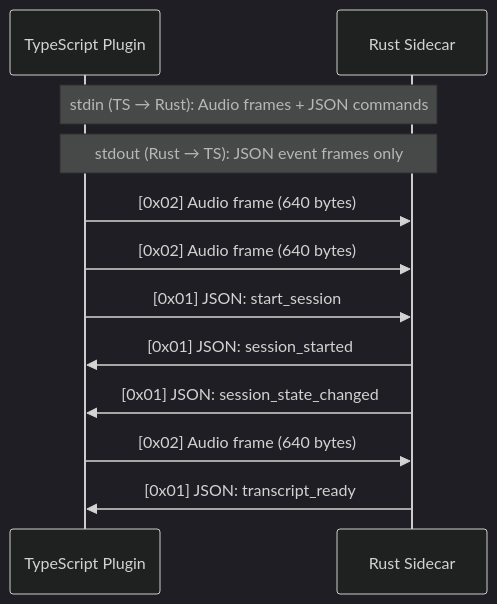
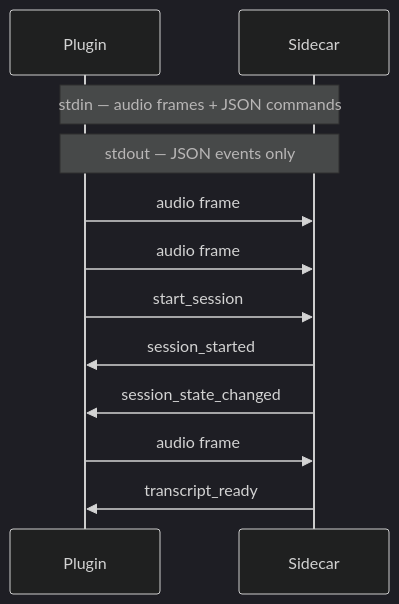
Before and after one commit to brittain9/obsidian-local-speech-to-text: the fourth of 7 diagrams in docs/architecture/system-architecture.md, drawn with Mermaid (dark theme). The commit also changed other lines of this file and 4 other files, not shown here.

First line of the commit message:
chore: align docs with Rust-owned post-transcript enrichment

````diff
--- a/docs/architecture/system-architecture.md
+++ b/docs/architecture/system-architecture.md
@@ -103,16 +120,16 @@
 ```mermaid
 sequenceDiagram
-    participant TS as TypeScript Plugin
-    participant RS as Rust Sidecar
+    participant P as Plugin
+    participant S as Sidecar
 
-    Note over TS,RS: stdin (TS → Rust): Audio frames + JSON commands
-    Note over TS,RS: stdout (Rust → TS): JSON event frames only
+    Note over P,S: stdin — audio frames + JSON commands
+    Note over P,S: stdout — JSON events only
 
-    TS->>RS: [0x02] Audio frame (640 bytes)
-    TS->>RS: [0x02] Audio frame (640 bytes)
-    TS->>RS: [0x01] JSON: start_session
-    RS->>TS: [0x01] JSON: session_started
-    RS->>TS: [0x01] JSON: session_state_changed
-    TS->>RS: [0x02] Audio frame (640 bytes)
-    RS->>TS: [0x01] JSON: transcript_ready
+    P->>S: audio frame
+    P->>S: audio frame
+    P->>S: start_session
+    S->>P: session_started
+    S->>P: session_state_changed
+    P->>S: audio frame
+    S->>P: transcript_ready
 ```
````
